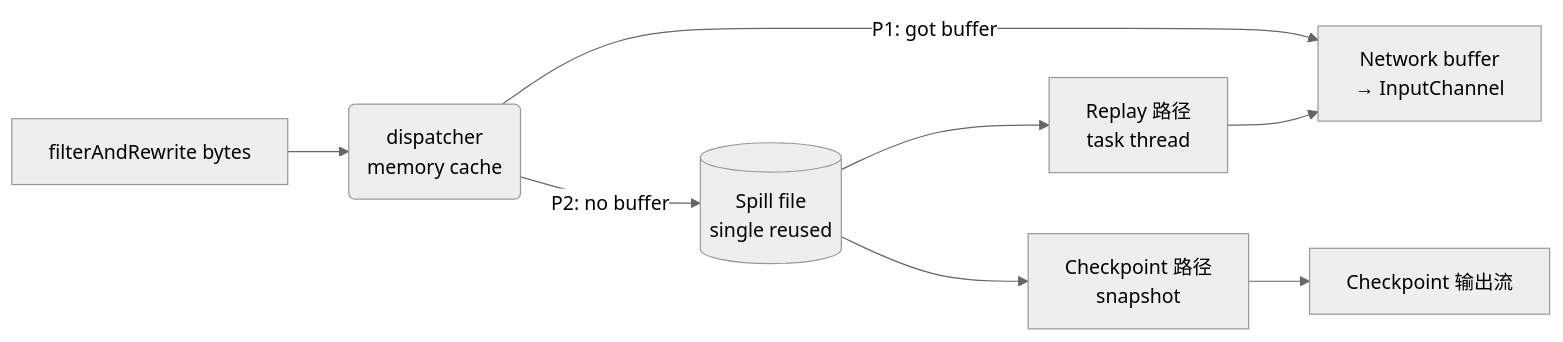
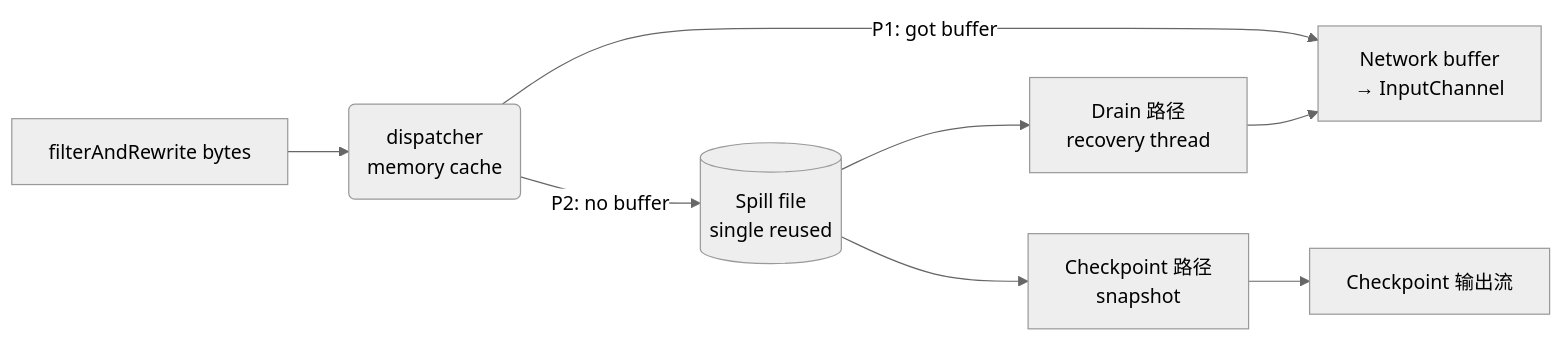
One commit to 1996fanrui/flink changed the diagram in requirements/38544/architecture_overview.md. Above: the diagram before and after it, drawn with Mermaid (neutral theme). The commit also changed other lines of this file and 12 other files, not shown here.

````diff
--- a/requirements/38544/architecture_overview.md
+++ b/requirements/38544/architecture_overview.md
@@ -11,10 +11,10 @@
 ```mermaid
 flowchart LR
     IN[filterAndRewrite bytes] --> W(dispatcher<br/>memory cache)
     W -- P1: got buffer --> NB[Network buffer<br/>→ InputChannel]
     W -- P2: no buffer --> D[(Spill file<br/>single reused)]
-    D --> R1[Replay 路径<br/>task thread]
+    D --> R1[Drain 路径<br/>recovery thread]
     D --> R2[Checkpoint 路径<br/>snapshot]
     R1 --> NB
     R2 --> CP[Checkpoint 输出流]
 ```
````
